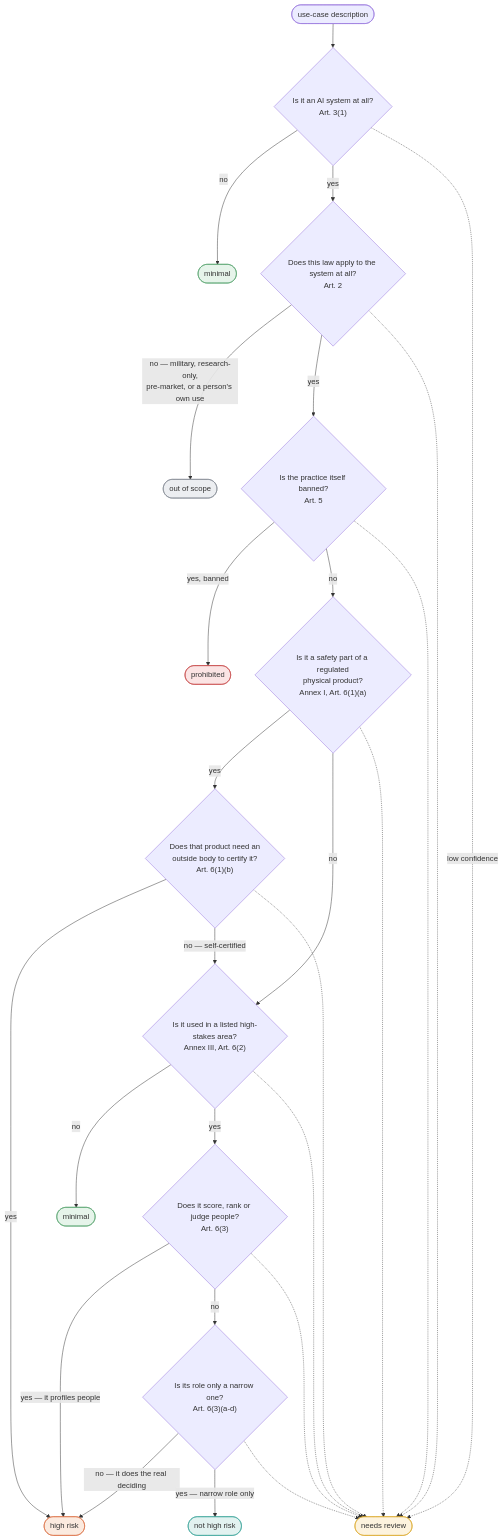
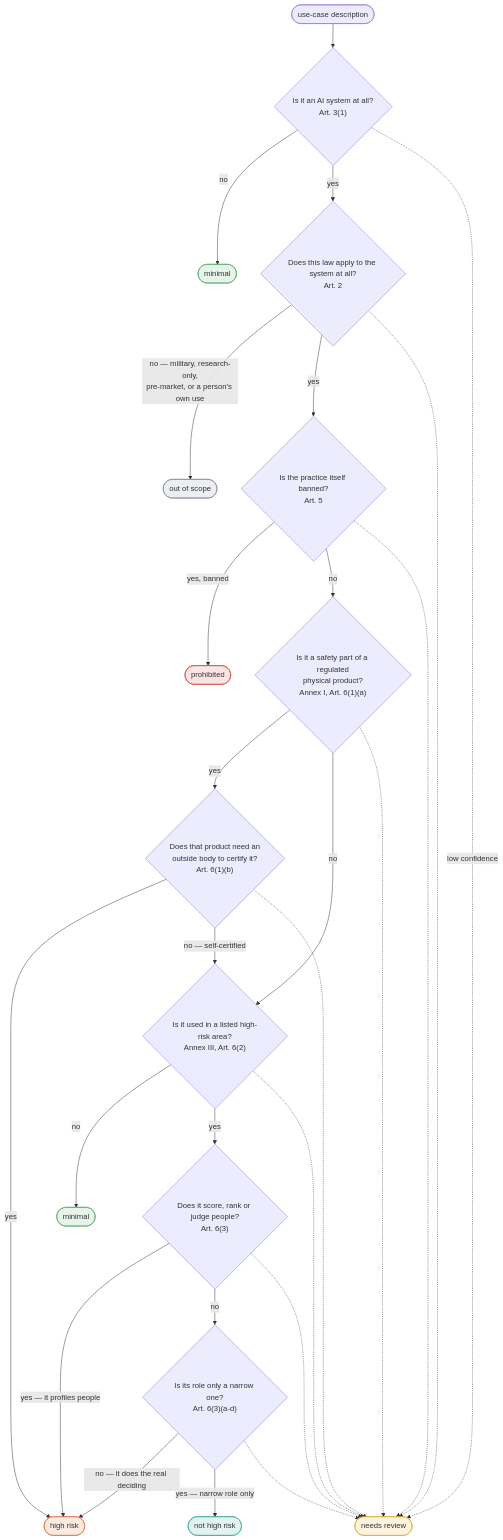
Before and after one commit to vidibro/ai-act-compliance-agent: the first of 2 diagrams in README.md, drawn with Mermaid. The commit also changed 7 other files, not shown here.

````diff
--- a/README.md
+++ b/README.md
@@ -91,35 +91,35 @@
 ```mermaid
 flowchart TD
     START([use-case description]) --> AI{"Is it an AI system at all?<br/>Art. 3(1)"}
     AI -->|no| MIN1([minimal]):::ok
     AI -->|yes| SCOPE{"Does this law apply to the system at all?<br/>Art. 2"}
     SCOPE -->|"no — military, research-only,<br/>pre-market, or a person's own use"| OOS([out of scope]):::oos
     SCOPE -->|yes| PROH{"Is the practice itself banned?<br/>Art. 5"}
     PROH -->|yes, banned| BAN([prohibited]):::ban
     PROH -->|no| ANNEXI{"Is it a safety part of a regulated<br/>physical product?<br/>Annex I, Art. 6(1)(a)"}
     ANNEXI -->|yes| TPA{"Does that product need an<br/>outside body to certify it?<br/>Art. 6(1)(b)"}
     TPA -->|yes| HIGH([high risk]):::high
     TPA -->|"no — self-certified"| ANNEX
-    ANNEXI -->|no| ANNEX{"Is it used in a listed high-stakes area?<br/>Annex III, Art. 6(2)"}
+    ANNEXI -->|no| ANNEX{"Is it used in a listed high-risk area?<br/>Annex III, Art. 6(2)"}
     ANNEX -->|no| MIN2([minimal]):::ok
     ANNEX -->|yes| PROF{"Does it score, rank or judge people?<br/>Art. 6(3)"}
     PROF -->|"yes — it profiles people"| HIGH
     PROF -->|no| DER{"Is its role only a narrow one?<br/>Art. 6(3)(a-d)"}
     DER -->|"no — it does the real deciding"| HIGH
     DER -->|"yes — narrow role only"| NHR([not high risk]):::mid
     AI -.->|low confidence| NR([needs review]):::rev
     SCOPE -.-> NR
     PROH -.-> NR
     ANNEXI -.-> NR
     TPA -.-> NR
     ANNEX -.-> NR
     PROF -.-> NR
     DER -.-> NR
 
     classDef oos fill:#eceef1,stroke:#7a828c
     classDef ban fill:#fbe4e4,stroke:#c23b3b
     classDef high fill:#fbeadf,stroke:#d9683a
     classDef mid fill:#e2f2f0,stroke:#2f9e93
     classDef ok fill:#e6f4ea,stroke:#4a9d63
     classDef rev fill:#fdf3de,stroke:#d9a521
 ```
````
